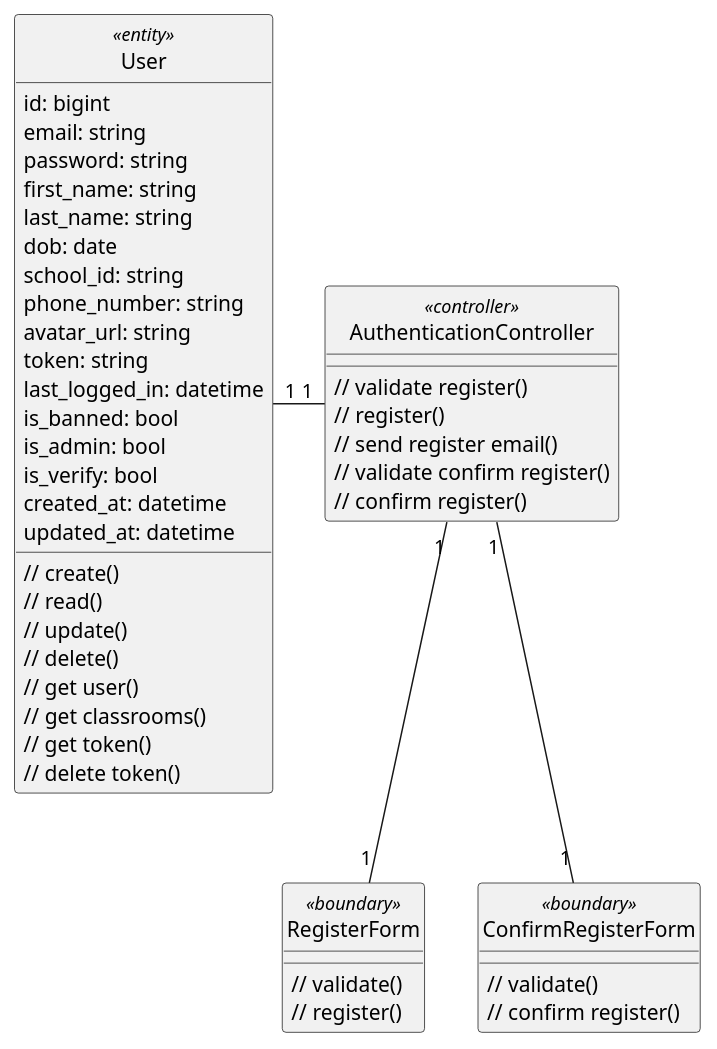
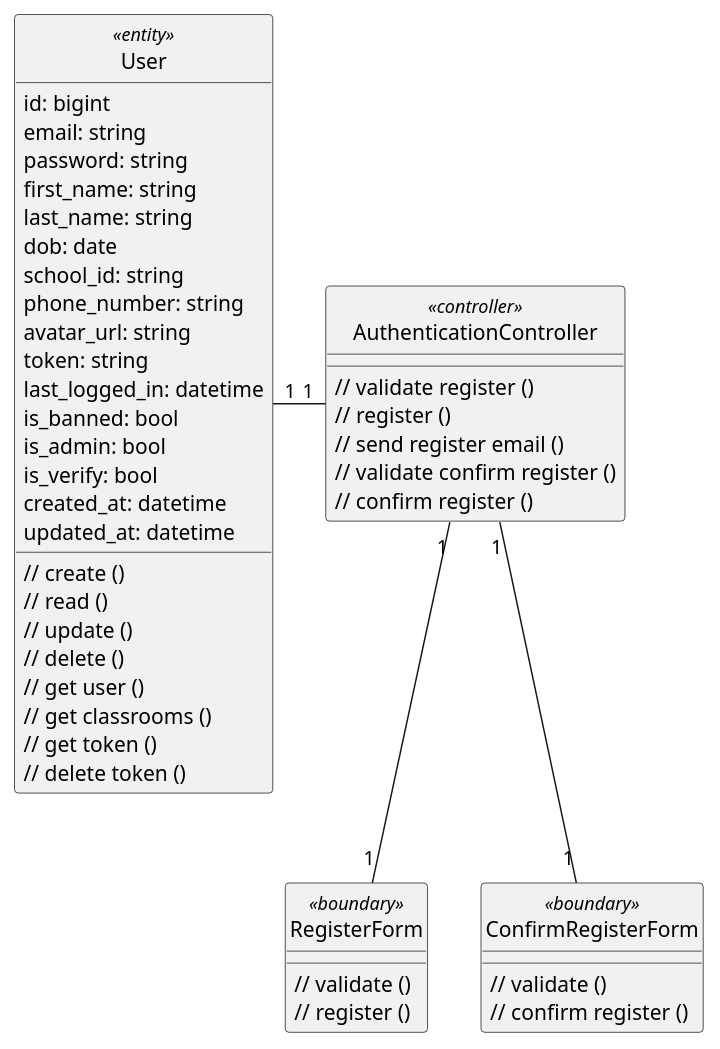
Before and after one commit to anonyhostvn/OOAD-Diagram: the diagram in class - analysis/authentication/register.plantuml, drawn with PlantUML. The commit also changed 6 other files, not shown here.

```diff
--- a/class - analysis/authentication/register.plantuml
+++ b/class - analysis/authentication/register.plantuml
@@ -1,60 +1,60 @@
 @startuml login
 
 class User <<entity>> {
     id: bigint
     email: string
     password: string
     first_name: string
     last_name: string
     dob: date
     school_id: string
     phone_number: string
     avatar_url: string
     token: string
     last_logged_in: datetime
     is_banned: bool
     is_admin: bool
     is_verify: bool
     created_at: datetime
     updated_at: datetime
 
-    // create()
-    // read()
-    // update()
-    // delete()
-    // get user()
-    // get classrooms()
-    // get token()
-    // delete token()
+    // create ()
+    // read ()
+    // update ()
+    // delete ()
+    // get user ()
+    // get classrooms ()
+    // get token ()
+    // delete token ()
 }
 
 class RegisterForm <<boundary>> {
-    // validate()
-    // register()
+    // validate ()
+    // register ()
 }
 
 class ConfirmRegisterForm <<boundary>> {
-    // validate()
-    // confirm register()
+    // validate ()
+    // confirm register ()
 }
 
 class AuthenticationController <<controller>> {
-    // validate register()
-    // register()
-    // send register email()
-    // validate confirm register()
-    // confirm register()
+    // validate register ()
+    // register ()
+    // send register email ()
+    // validate confirm register ()
+    // confirm register ()
 }
 
 hide User <<entity>> circle
 hide RegisterForm <<boundary>> circle
 hide ConfirmRegisterForm <<boundary>> circle
 hide AuthenticationController <<controller>> circle
 
 AuthenticationController "1" -left- "1" User
 AuthenticationController "1" -down- "1" ConfirmRegisterForm
 AuthenticationController "1" -down- "1" RegisterForm
 
 
 
 @enduml
```
